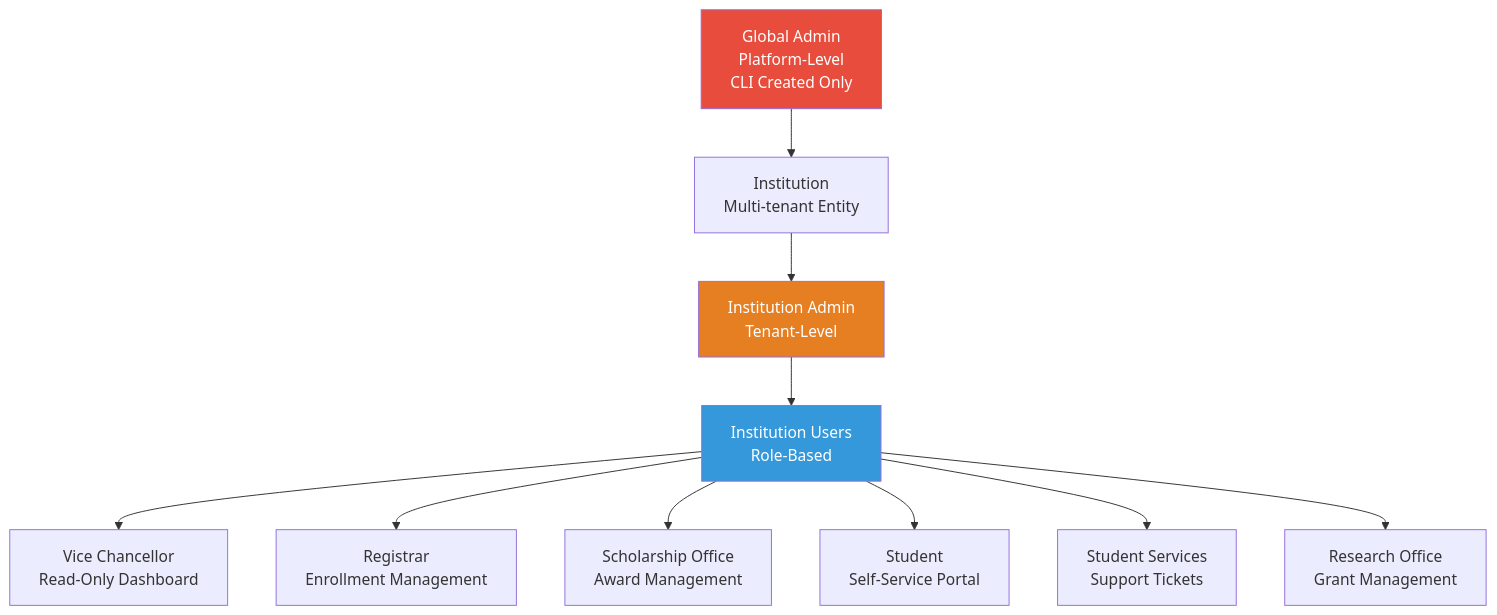
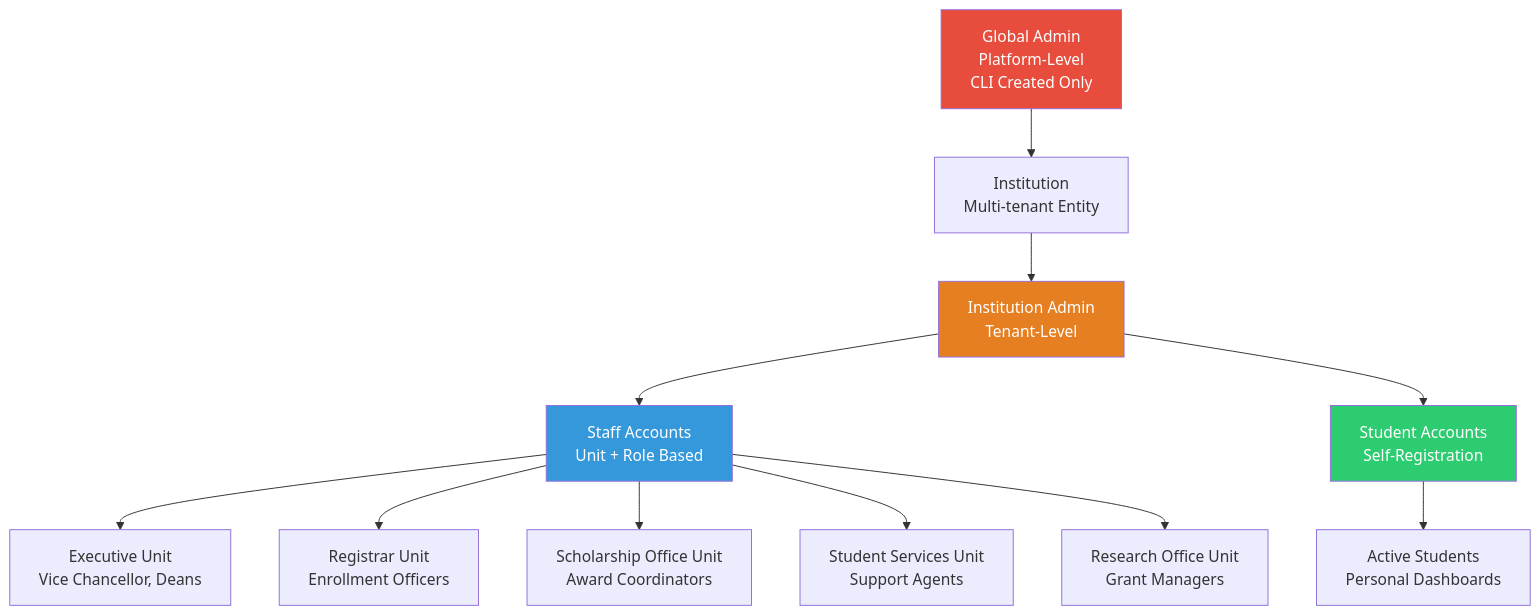
One commit to SGGaita/templumis changed the third of 14 diagrams in docs/planning/comprehensive-implementation-plan.md. Above: the diagram before and after it, drawn with Mermaid. The commit also changed other lines of this file, not shown here.

````diff
--- a/docs/planning/comprehensive-implementation-plan.md
+++ b/docs/planning/comprehensive-implementation-plan.md
@@ -225,17 +327,20 @@
 ```mermaid
 flowchart TD
     GLOBAL[Global Admin<br/>Platform-Level<br/>CLI Created Only] --> INST[Institution<br/>Multi-tenant Entity]
     INST --> INST_ADMIN[Institution Admin<br/>Tenant-Level]
-    INST_ADMIN --> USERS[Institution Users<br/>Role-Based]
+    INST_ADMIN --> STAFF[Staff Accounts<br/>Unit + Role Based]
+    INST_ADMIN --> STUDENTS[Student Accounts<br/>Self-Registration]
     
-    USERS --> VC[Vice Chancellor<br/>Read-Only Dashboard]
-    USERS --> REG[Registrar<br/>Enrollment Management]
-    USERS --> SCHOL[Scholarship Office<br/>Award Management]
-    USERS --> STUDENT[Student<br/>Self-Service Portal]
-    USERS --> SUPPORT[Student Services<br/>Support Tickets]
-    USERS --> RESEARCH[Research Office<br/>Grant Management]
+    STAFF --> EXEC[Executive Unit<br/>Vice Chancellor, Deans]
+    STAFF --> REG[Registrar Unit<br/>Enrollment Officers]
+    STAFF --> SCHOL[Scholarship Office Unit<br/>Award Coordinators]
+    STAFF --> SUPPORT[Student Services Unit<br/>Support Agents]
+    STAFF --> RESEARCH[Research Office Unit<br/>Grant Managers]
+    
+    STUDENTS --> ACTIVE[Active Students<br/>Personal Dashboards]
     
     style GLOBAL fill:#e74c3c,color:#fff
     style INST_ADMIN fill:#e67e22,color:#fff
-    style USERS fill:#3498db,color:#fff
+    style STAFF fill:#3498db,color:#fff
+    style STUDENTS fill:#2ecc71,color:#fff
 ```
````
